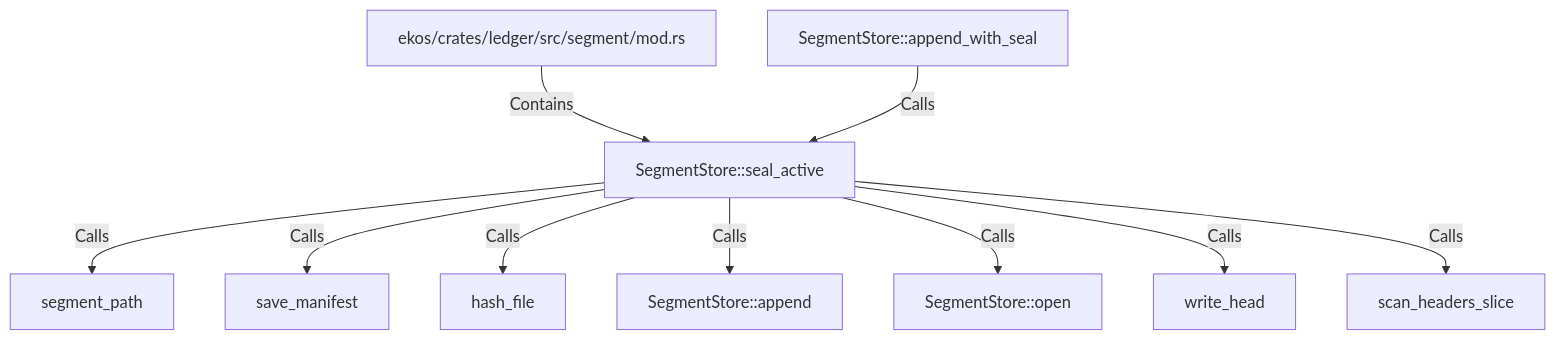
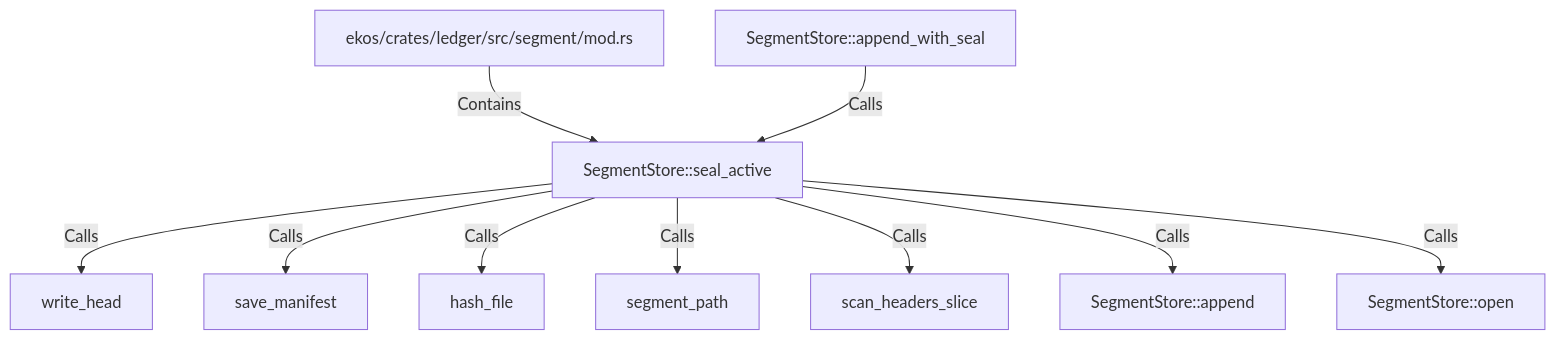
Before and after one commit to alexeyban/EKOS: the diagram in doc/entities/rustsymbol/se/segmentstore-seal-active.md, drawn with Mermaid. The commit also changed other lines of this file and 552 other files, not shown here.

````diff
--- a/doc/entities/rustsymbol/se/segmentstore-seal-active.md
+++ b/doc/entities/rustsymbol/se/segmentstore-seal-active.md
@@ -28,22 +28,22 @@
 ```mermaid
 graph TD
     nf2a44d2b25475a57b0b3ec7494028286["SegmentStore::seal_active"]
     n80a64e0ab0ac51dfb3be128cddd1cc83["ekos/crates/ledger/src/segment/mod.rs"]
     n80a64e0ab0ac51dfb3be128cddd1cc83 -->|Contains| nf2a44d2b25475a57b0b3ec7494028286
     ne15adeb3bb2f54d683eee79281bea443["SegmentStore::append_with_seal"]
     ne15adeb3bb2f54d683eee79281bea443 -->|Calls| nf2a44d2b25475a57b0b3ec7494028286
-    na07b97cc69e45c35bedf11119542af72["segment_path"]
-    nf2a44d2b25475a57b0b3ec7494028286 -->|Calls| na07b97cc69e45c35bedf11119542af72
+    n203436f84f5f5f2b93a8b25fd11e5174["write_head"]
+    nf2a44d2b25475a57b0b3ec7494028286 -->|Calls| n203436f84f5f5f2b93a8b25fd11e5174
     na67a0f9ce21350e7982168cfa9ebf4d4["save_manifest"]
     nf2a44d2b25475a57b0b3ec7494028286 -->|Calls| na67a0f9ce21350e7982168cfa9ebf4d4
     na95eaa6439025bdf905ec2436d2c8cc4["hash_file"]
     nf2a44d2b25475a57b0b3ec7494028286 -->|Calls| na95eaa6439025bdf905ec2436d2c8cc4
+    na07b97cc69e45c35bedf11119542af72["segment_path"]
+    nf2a44d2b25475a57b0b3ec7494028286 -->|Calls| na07b97cc69e45c35bedf11119542af72
+    n58cd3f3793745ff9aeea9fef60615002["scan_headers_slice"]
+    nf2a44d2b25475a57b0b3ec7494028286 -->|Calls| n58cd3f3793745ff9aeea9fef60615002
     nb324f197c4fc5b5589b422ca137bf445["SegmentStore::append"]
     nf2a44d2b25475a57b0b3ec7494028286 -->|Calls| nb324f197c4fc5b5589b422ca137bf445
     n3ca4488c70ab5992bde24a810cfd8e8d["SegmentStore::open"]
     nf2a44d2b25475a57b0b3ec7494028286 -->|Calls| n3ca4488c70ab5992bde24a810cfd8e8d
-    n203436f84f5f5f2b93a8b25fd11e5174["write_head"]
-    nf2a44d2b25475a57b0b3ec7494028286 -->|Calls| n203436f84f5f5f2b93a8b25fd11e5174
-    n58cd3f3793745ff9aeea9fef60615002["scan_headers_slice"]
-    nf2a44d2b25475a57b0b3ec7494028286 -->|Calls| n58cd3f3793745ff9aeea9fef60615002
 ```
````
